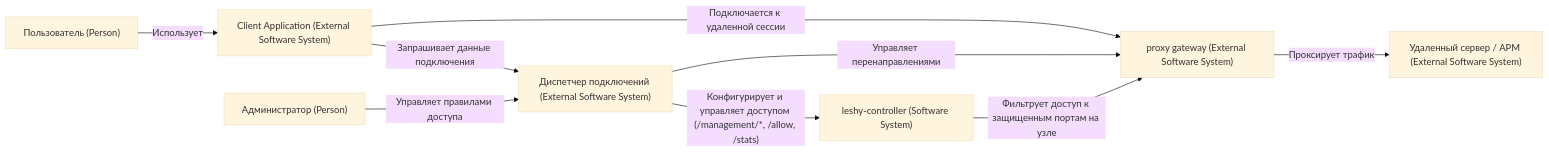
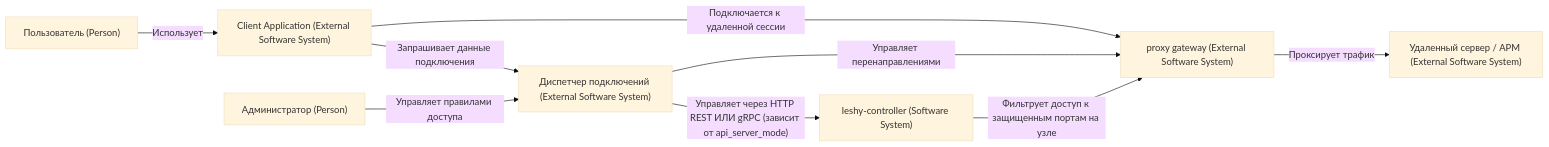
Before and after one commit to devalv/leshy-controller: the first of 3 diagrams in docs/c4.md, drawn with Mermaid (base theme). The commit also changed other lines of this file and 34 other files, not shown here.

````diff
--- a/docs/c4.md
+++ b/docs/c4.md
@@ -7,19 +7,19 @@
 ```mermaid
 flowchart LR
     user["Пользователь (Person)"]
     client["Client Application (External Software System)"]
     admin["Администратор (Person)"]
     dispatcher["Диспетчер подключений (External Software System)"]
     leshy["leshy-controller (Software System)"]
     proxy["proxy gateway (External Software System)"]
     remote["Удаленный сервер / АРМ (External Software System)"]
 
     user -->|"Использует"| client
     client -->|"Запрашивает данные подключения"| dispatcher
     admin -->|"Управляет правилами доступа"| dispatcher
-    dispatcher -->|"Конфигурирует и управляет доступом (/management/*, /allow, /stats)"| leshy
+    dispatcher -->|"Управляет через HTTP REST ИЛИ gRPC (зависит от api_server_mode)"| leshy
     dispatcher -->|"Управляет перенаправлениями"| proxy
     client -->|"Подключается к удаленной сессии"| proxy
     proxy -->|"Проксирует трафик"| remote
     leshy -->|"Фильтрует доступ к защищенным портам на узле"| proxy
 ```
````
